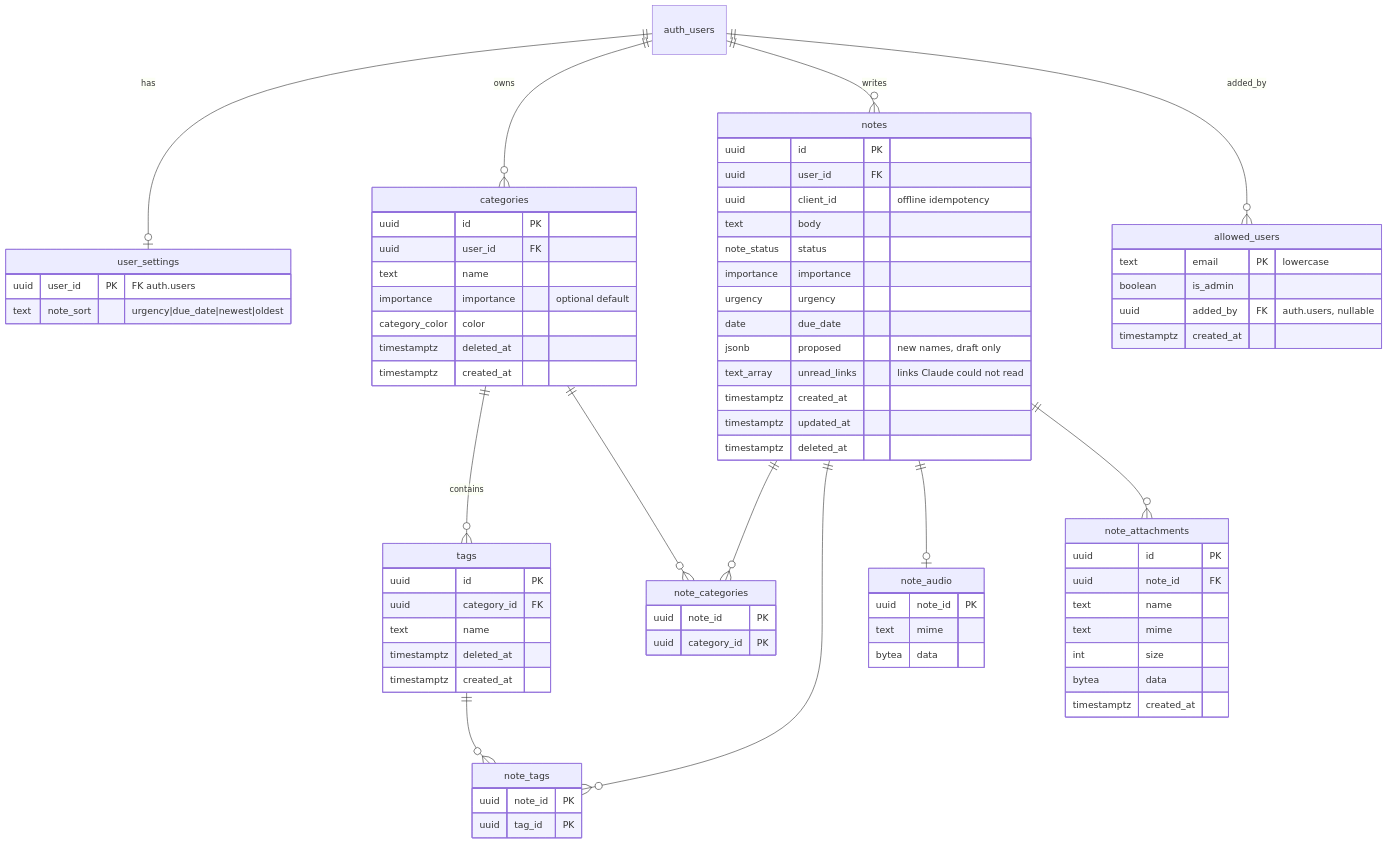
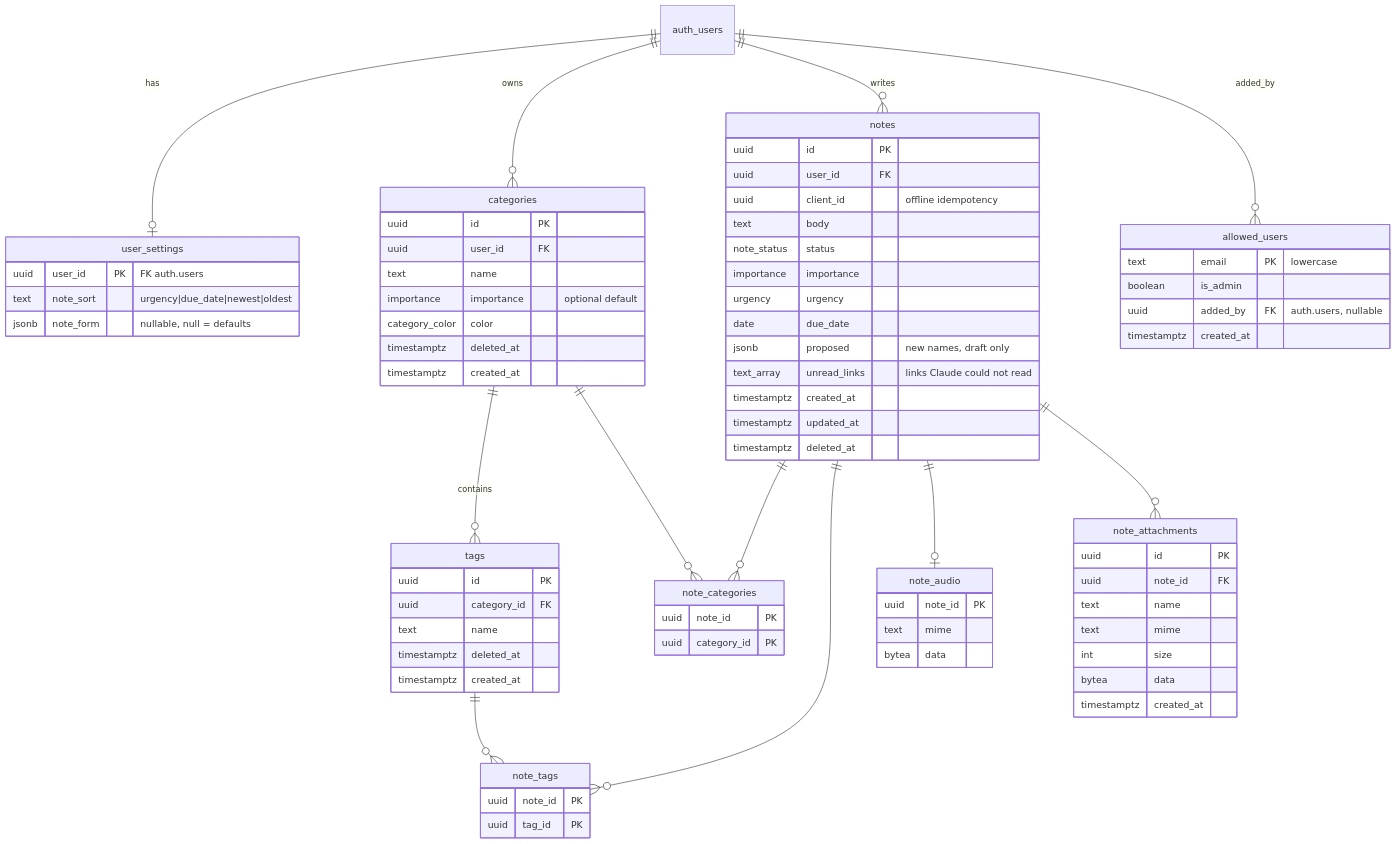
Before and after one commit to droruri/notes-organizer: the diagram in docs/plan.md, drawn with Mermaid. The commit also changed other lines of this file and 17 other files, not shown here.

````diff
--- a/docs/plan.md
+++ b/docs/plan.md
@@ -131,23 +131,23 @@
 ```mermaid
 erDiagram
   auth_users ||--o| user_settings : has
   auth_users ||--o{ categories : owns
   categories ||--o{ tags : contains
   auth_users ||--o{ notes : writes
   notes ||--o{ note_categories : ""
   categories ||--o{ note_categories : ""
   notes ||--o{ note_tags : ""
   tags ||--o{ note_tags : ""
   notes ||--o| note_audio : ""
   notes ||--o{ note_attachments : ""
   auth_users ||--o{ allowed_users : "added_by"
-  user_settings { uuid user_id PK "FK auth.users" text note_sort "urgency|due_date|newest|oldest" }
+  user_settings { uuid user_id PK "FK auth.users" text note_sort "urgency|due_date|newest|oldest" jsonb note_form "nullable, null = defaults" }
   categories { uuid id PK uuid user_id FK text name importance importance "optional default" category_color color timestamptz deleted_at timestamptz created_at }
   tags { uuid id PK uuid category_id FK text name timestamptz deleted_at timestamptz created_at }
   notes { uuid id PK uuid user_id FK uuid client_id "offline idempotency" text body note_status status importance importance urgency urgency date due_date jsonb proposed "new names, draft only" text_array unread_links "links Claude could not read" timestamptz created_at timestamptz updated_at timestamptz deleted_at }
   note_categories { uuid note_id PK uuid category_id PK }
   note_tags { uuid note_id PK uuid tag_id PK }
   note_audio { uuid note_id PK text mime bytea data }
   note_attachments { uuid id PK uuid note_id FK text name text mime int size bytea data timestamptz created_at }
   allowed_users { text email PK "lowercase" boolean is_admin uuid added_by FK "auth.users, nullable" timestamptz created_at }
 ```
````
